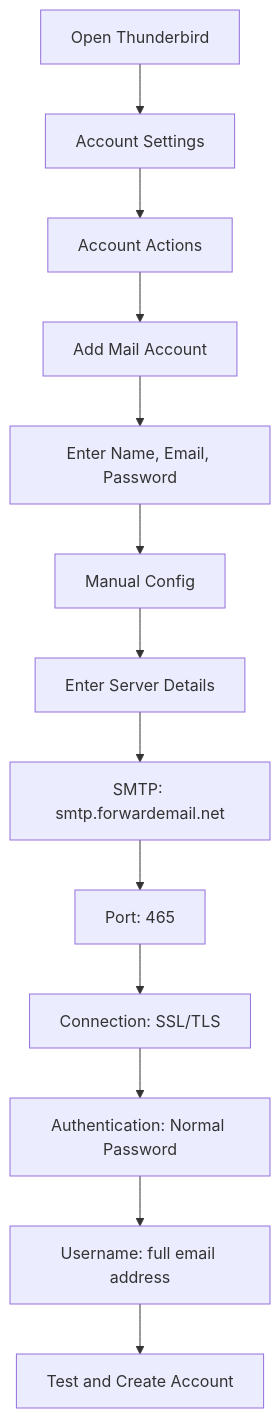
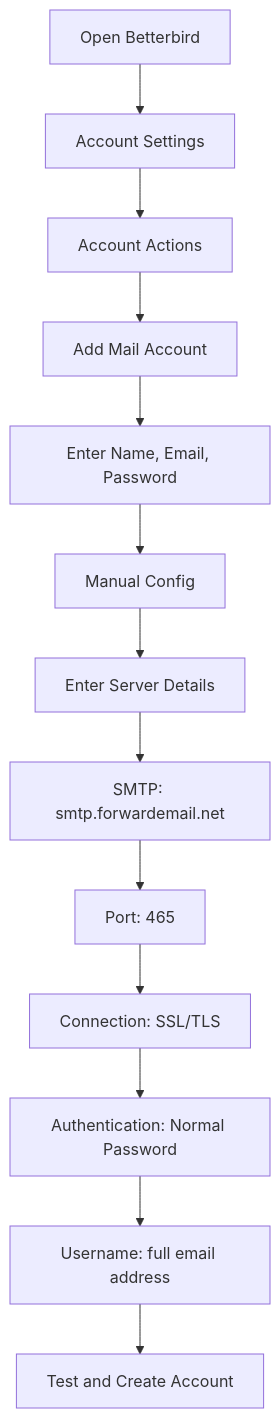
The diagram in app/views/guides/smtp-integration/index-ar.md (forwardemail/forwardemail.net), drawn with Mermaid before and after one commit. The commit also changed other lines of this file and 202 other files, not shown here.

First line of the commit message:
refactor: recommend Betterbird over Thunderbird

````diff
--- a/app/views/guides/smtp-integration/index-ar.md
+++ b/app/views/guides/smtp-integration/index-ar.md
@@ -426,15 +426,15 @@
 ```mermaid
 flowchart TD
-    A[Open Thunderbird] --> B[Account Settings]
+    A[Open Betterbird] --> B[Account Settings]
     B --> C[Account Actions]
     C --> D[Add Mail Account]
     D --> E[Enter Name, Email, Password]
     E --> F[Manual Config]
     F --> G[Enter Server Details]
     G --> H[SMTP: smtp.forwardemail.net]
     H --> I[Port: 465]
     I --> J[Connection: SSL/TLS]
     J --> K[Authentication: Normal Password]
     K --> L[Username: full email address]
     L --> M[Test and Create Account]
 ```
````
